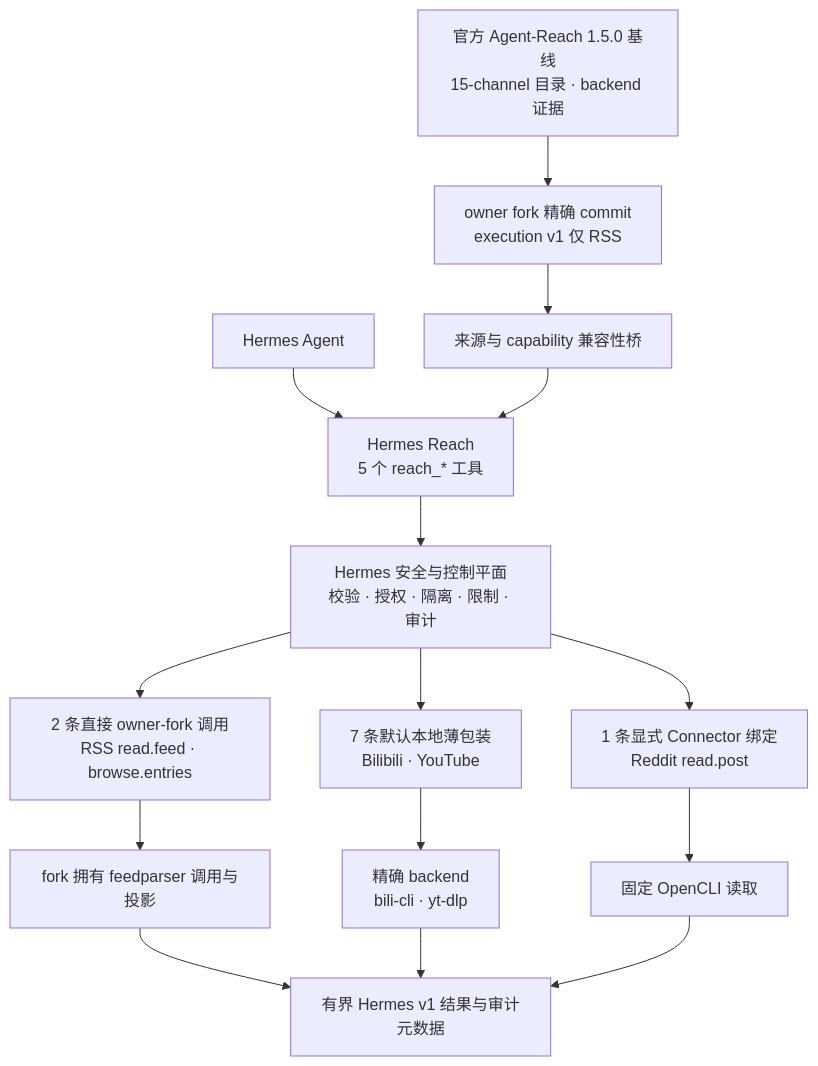
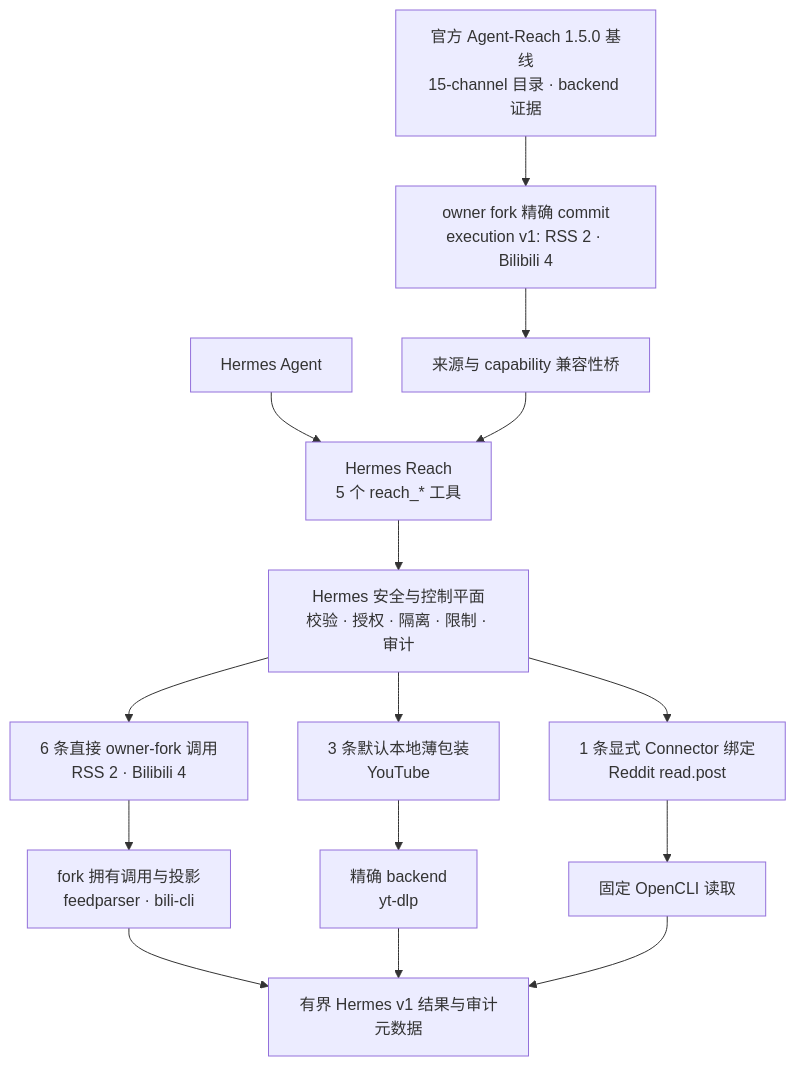
The first of 2 diagrams in README.md (izumi0uu/hermes-reach), drawn with Mermaid before and after one commit. The commit also changed other lines of this file and 29 other files, not shown here.

Commit message:
feat(agent-reach): execute Bilibili through fork runtime

````diff
--- a/README.md
+++ b/README.md
@@ -276,17 +276,17 @@
 ```mermaid
 flowchart TD
     Hermes["Hermes Agent"] --> Plugin["Hermes Reach<br/>5 个 reach_* 工具"]
-    Upstream["官方 Agent-Reach 1.5.0 基线<br/>15-channel 目录 · backend 证据"] --> Fork["owner fork 精确 commit<br/>execution v1 仅 RSS"]
+    Upstream["官方 Agent-Reach 1.5.0 基线<br/>15-channel 目录 · backend 证据"] --> Fork["owner fork 精确 commit<br/>execution v1: RSS 2 · Bilibili 4"]
     Fork --> Bridge["来源与 capability 兼容性桥"]
     Bridge --> Plugin
     Plugin --> Guard["Hermes 安全与控制平面<br/>校验 · 授权 · 隔离 · 限制 · 审计"]
-    Guard --> RSS["2 条直接 owner-fork 调用<br/>RSS read.feed · browse.entries"]
-    Guard --> Local["7 条默认本地薄包装<br/>Bilibili · YouTube"]
+    Guard --> ForkOps["6 条直接 owner-fork 调用<br/>RSS 2 · Bilibili 4"]
+    Guard --> Local["3 条默认本地薄包装<br/>YouTube"]
     Guard --> Connector["1 条显式 Connector 绑定<br/>Reddit read.post"]
-    RSS --> Feedparser["fork 拥有 feedparser 调用与投影"]
-    Local --> Backends["精确 backend<br/>bili-cli · yt-dlp"]
+    ForkOps --> ForkBackends["fork 拥有调用与投影<br/>feedparser · bili-cli"]
+    Local --> Backends["精确 backend<br/>yt-dlp"]
     Connector --> OpenCLI["固定 OpenCLI 读取"]
-    Feedparser --> Results["有界 Hermes v1 结果与审计元数据"]
+    ForkBackends --> Results["有界 Hermes v1 结果与审计元数据"]
     Backends --> Results
     OpenCLI --> Results
 ```
````
